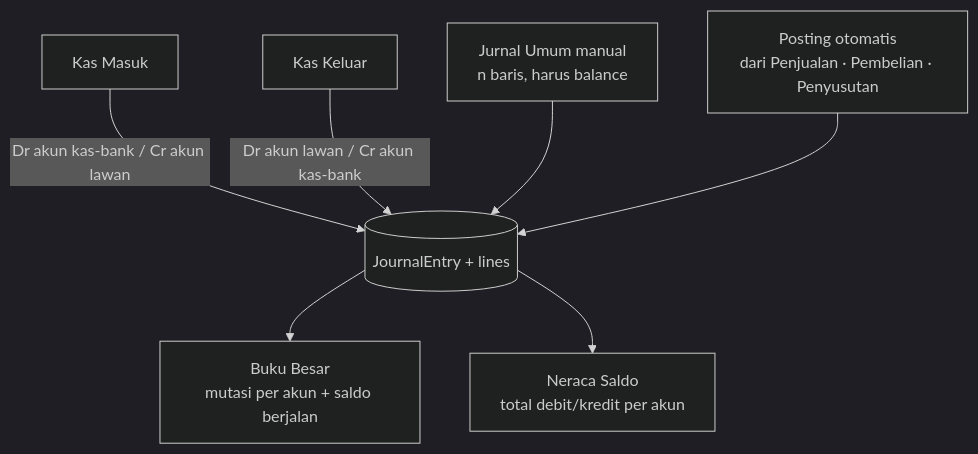
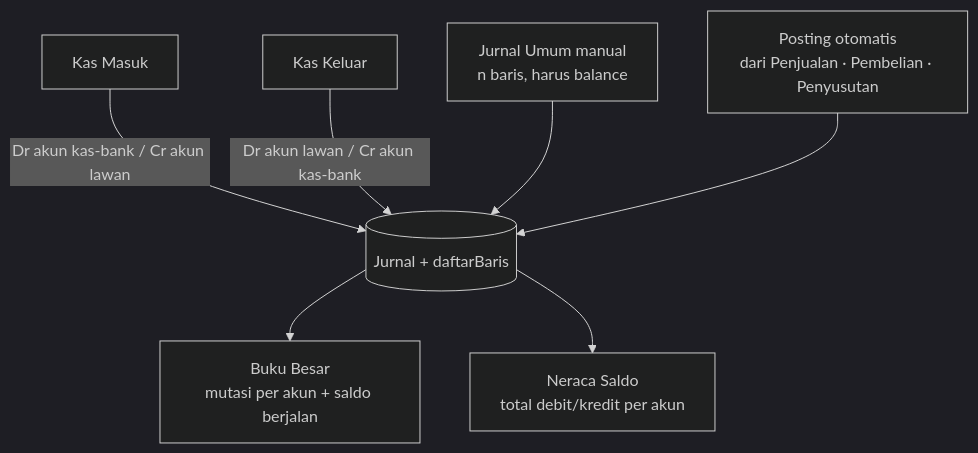
One commit to dreinst/accuratecopy changed the fifth of 6 diagrams in ARCHITECTURE.md. Above: the diagram before and after it, drawn with Mermaid (dark theme). The commit also changed other lines of this file and 194 other files, not shown here.

````diff
--- a/ARCHITECTURE.md
+++ b/ARCHITECTURE.md
@@ -212,9 +212,9 @@
 ```mermaid
 flowchart TB
-    KM[Kas Masuk] -->|Dr akun kas-bank / Cr akun lawan| J[(JournalEntry + lines)]
+    KM[Kas Masuk] -->|Dr akun kas-bank / Cr akun lawan| J[(Jurnal + daftarBaris)]
     KK[Kas Keluar] -->|Dr akun lawan / Cr akun kas-bank| J
     JU[Jurnal Umum manual<br/>n baris, harus balance] --> J
     AUTO[Posting otomatis<br/>dari Penjualan · Pembelian · Penyusutan] --> J
     J --> BB[Buku Besar<br/>mutasi per akun + saldo berjalan]
     J --> NS[Neraca Saldo<br/>total debit/kredit per akun]
 ```
````
